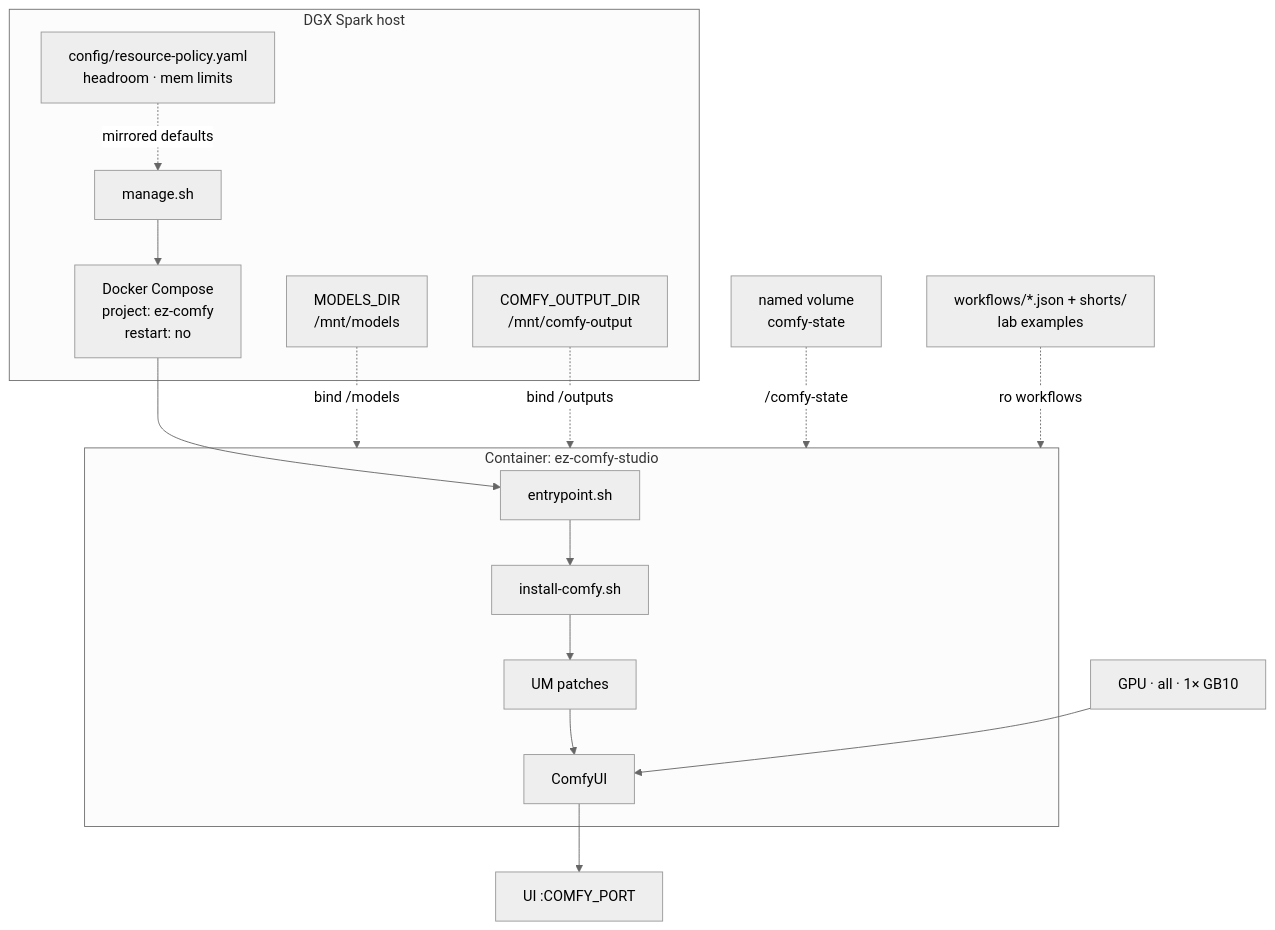
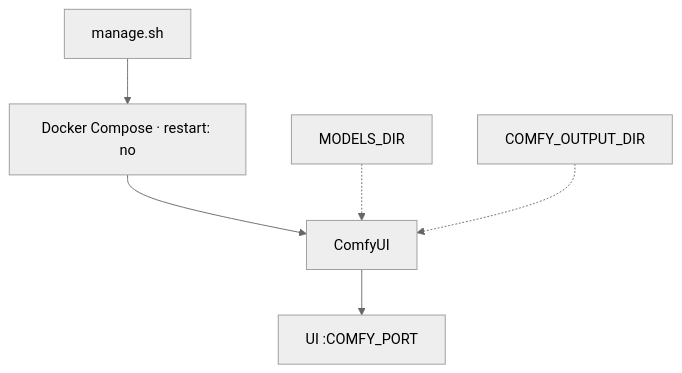
The first of 2 diagrams in docs/visual-generative-ai.md (toxicoder/ez-comfy-stack), drawn with Mermaid (neutral theme) before and after one commit. The commit also changed other lines of this file and 32 other files, not shown here.

````diff
--- a/docs/visual-generative-ai.md
+++ b/docs/visual-generative-ai.md
@@ -33,33 +44,8 @@
 ```mermaid
 flowchart TB
-  subgraph Host["DGX Spark host"]
-    CLI["manage.sh"]
-    Compose["Docker Compose<br/>project: ez-comfy<br/>restart: no"]
-    Models["MODELS_DIR<br/>/mnt/models"]
-    Out["COMFY_OUTPUT_DIR<br/>/mnt/comfy-output"]
-    Policy["config/resource-policy.yaml<br/>headroom · mem limits"]
-  end
-
-  subgraph Ctr["Container: ez-comfy-studio"]
-    EP["entrypoint.sh"]
-    Install["install-comfy.sh"]
-    Patch["UM patches"]
-    Comfy["ComfyUI"]
-    EP --> Install --> Patch --> Comfy
-  end
-
-  Vol["named volume<br/>comfy-state"]
-  WF["workflows/*.json + shorts/<br/>lab examples"]
-  GPU["GPU · all · 1× GB10"]
-  UI["UI :COMFY_PORT"]
-
-  CLI --> Compose
-  Compose --> EP
-  Models -.->|bind /models| Ctr
-  Out -.->|bind /outputs| Ctr
-  Vol -.->|/comfy-state| Ctr
-  WF -.->|ro workflows| Ctr
-  GPU --> Comfy
-  Comfy --> UI
-  Policy -.->|mirrored defaults| CLI
+  CLI["manage.sh"] --> Compose["Docker Compose · restart: no"]
+  Compose --> Comfy["ComfyUI"]
+  Models["MODELS_DIR"] -.-> Comfy
+  Out["COMFY_OUTPUT_DIR"] -.-> Comfy
+  Comfy --> UI["UI :COMFY_PORT"]
 ```
````
